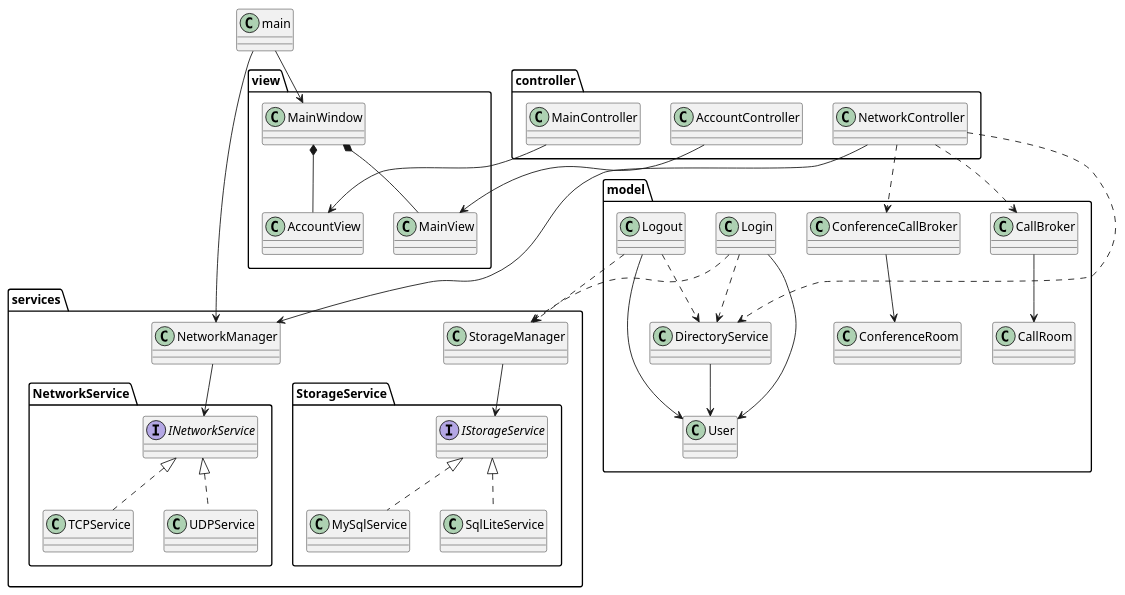
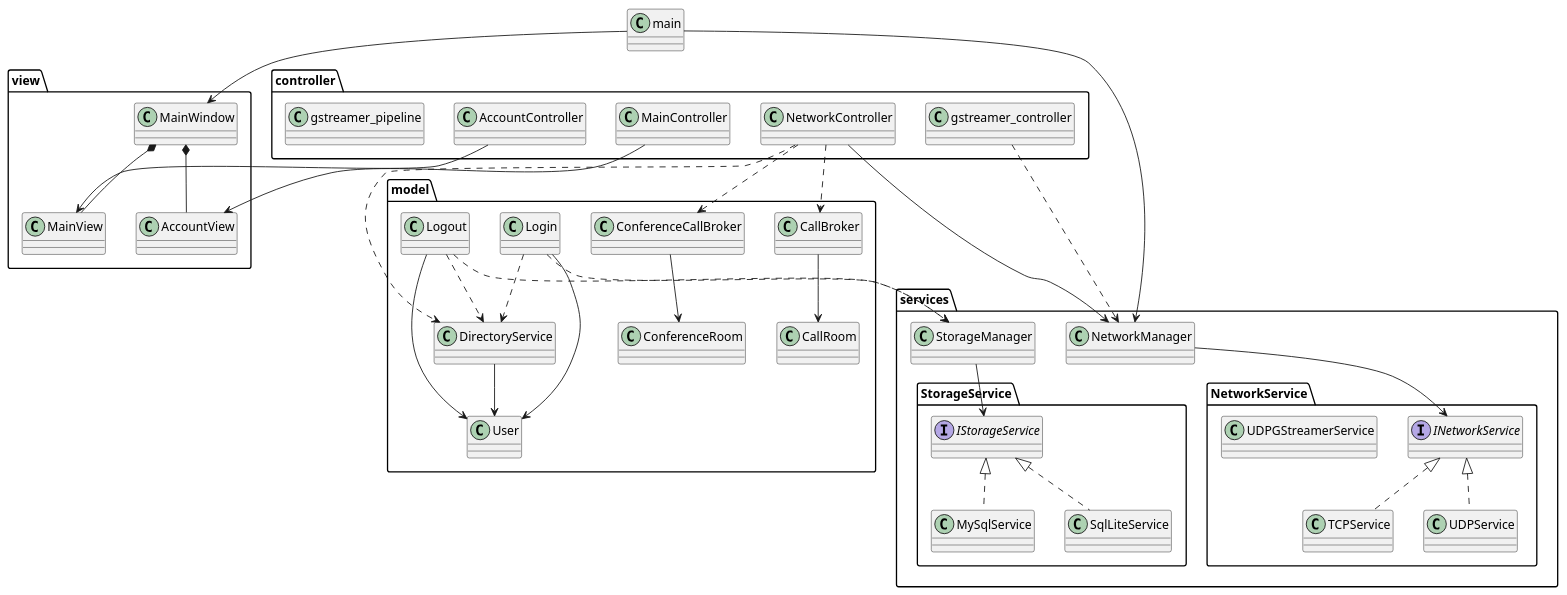
The diagram in plantuml/class_diagram.puml (architecture-4-team/team4-project), drawn with PlantUML before and after one commit.

Commit message:
update class diagram

```diff
--- a/plantuml/class_diagram.puml
+++ b/plantuml/class_diagram.puml
@@ -1,74 +1,79 @@
 @startuml
 
 class main
 package "controller" {
     class AccountController
     class MainController
     class NetworkController
+    class gstreamer_controller
+    class gstreamer_pipeline
 }
 package "view" {
     class MainWindow
     class MainView
     class AccountView
 }
 
 package "services"
 {
     class NetworkManager
     package "NetworkService" {
         interface INetworkService
         class TCPService
         class UDPService
+        class UDPGStreamerService
     }
     class StorageManager
     package "StorageService" {
         interface IStorageService
         class MySqlService
         class SqlLiteService
     }
 }
 
 package "model"
 {
     class CallRoom
     class CallBroker
     class ConferenceRoom
     class ConferenceCallBroker
     class DirectoryService
     class Login
     class Logout
     class User
 }
 
 INetworkService <|.. TCPService
 INetworkService <|.. UDPService
 NetworkManager --> INetworkService
 
 IStorageService <|.. MySqlService
 IStorageService <|.. SqlLiteService
 StorageManager --> IStorageService
 Login ..> StorageManager
 Logout ..> StorageManager
 
 AccountController --> MainView
 MainController --> AccountView
 NetworkController --> NetworkManager
 NetworkController ..> DirectoryService
 NetworkController ..> CallBroker
 NetworkController ..> ConferenceCallBroker
 
 MainWindow *-- MainView
 MainWindow *-- AccountView
 
 main --> MainWindow
 main --> NetworkManager
 
 Login --> User
 Login ..> DirectoryService
 Logout --> User
 Logout ..> DirectoryService
 DirectoryService --> User
 ConferenceCallBroker --> ConferenceRoom
 CallBroker --> CallRoom
 
+gstreamer_controller ..> NetworkManager
+
 @enduml
```
